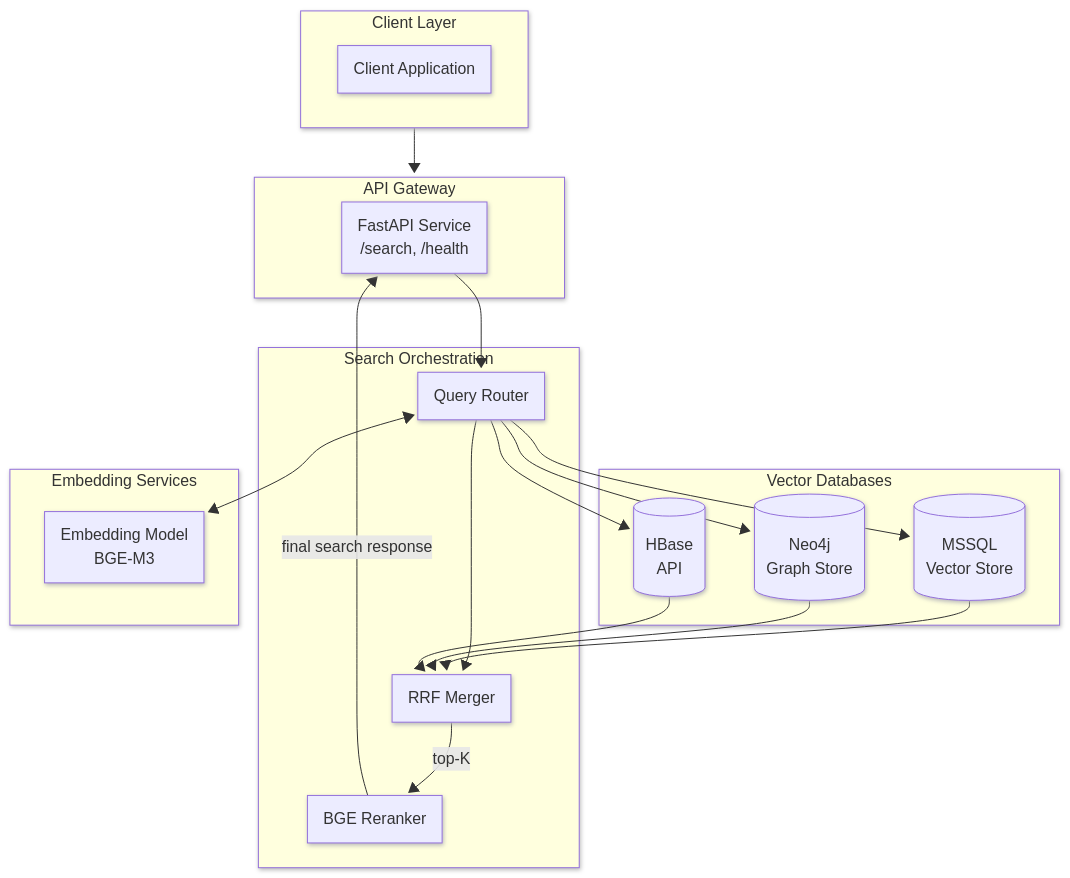
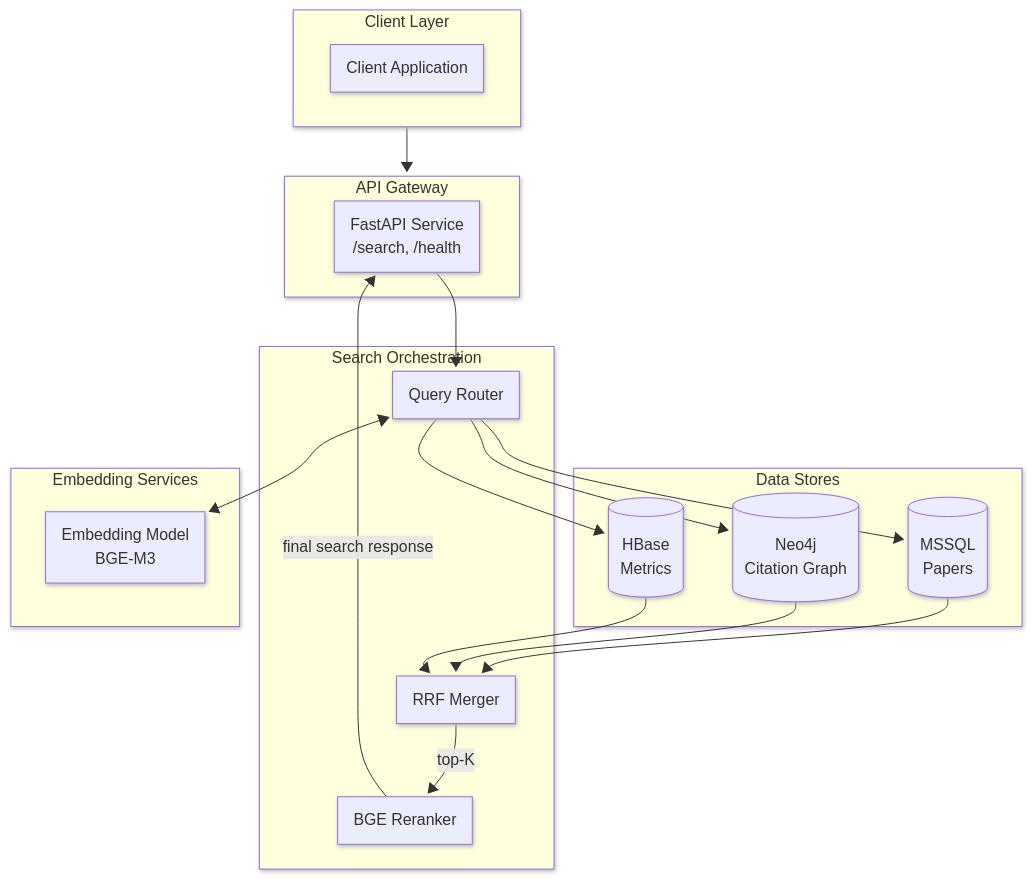
The first of 3 diagrams in Plan.md (ydkulks/SemanticSearchEngine), drawn with Mermaid before and after one commit. The commit also changed other lines of this file and 13 other files, not shown here.

````diff
--- a/Plan.md
+++ b/Plan.md
@@ -5,38 +14,37 @@
 ```mermaid
 ---
 config:
   look: neo
   theme: default
   layout: fixed
 ---
 flowchart TB
  subgraph subGraph0["Client Layer"]
         Client["Client Application"]
   end
  subgraph subGraph1["API Gateway"]
         FastAPI["FastAPI Service<br>/search, /health"]
   end
  subgraph subGraph2["Search Orchestration"]
         Router["Query Router"]
         RRF["RRF Merger"]
         Reranker["BGE Reranker"]
   end
- subgraph subGraph3["Vector Databases"]
-        MSSQL[("MSSQL<br>Vector Store")]
-        Neo4j[("Neo4j<br>Graph Store")]
-        HBaseAPI[("HBase<br>API")]
+ subgraph subGraph3["Data Stores"]
+        MSSQL[("MSSQL<br>Papers")]
+        Neo4j[("Neo4j<br>Citation Graph")]
+        HBase[("HBase<br>Metrics")]
   end
  subgraph subGraph4["Embedding Services"]
         Embedder["Embedding Model<br>BGE-M3"]
   end
     FastAPI --> Router
-    Router --> HBaseAPI & MSSQL & RRF
-    Router -- <br> --> Neo4j
+    Router --> MSSQL & Neo4j & HBase
     Router <--> Embedder
     MSSQL --> RRF
     Neo4j --> RRF
-    HBaseAPI --> RRF
+    HBase --> RRF
     RRF -- "top-K" --> Reranker
     Reranker -- final search response --> FastAPI
     subGraph0 --> subGraph1
 ```
````
